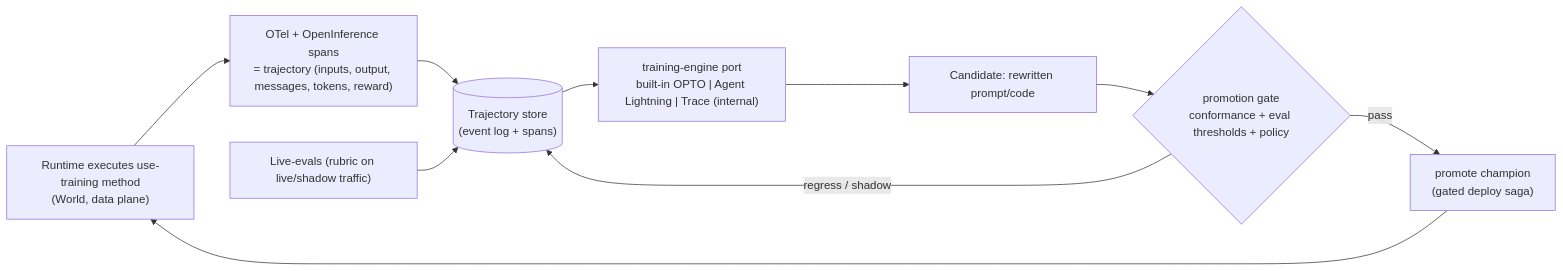
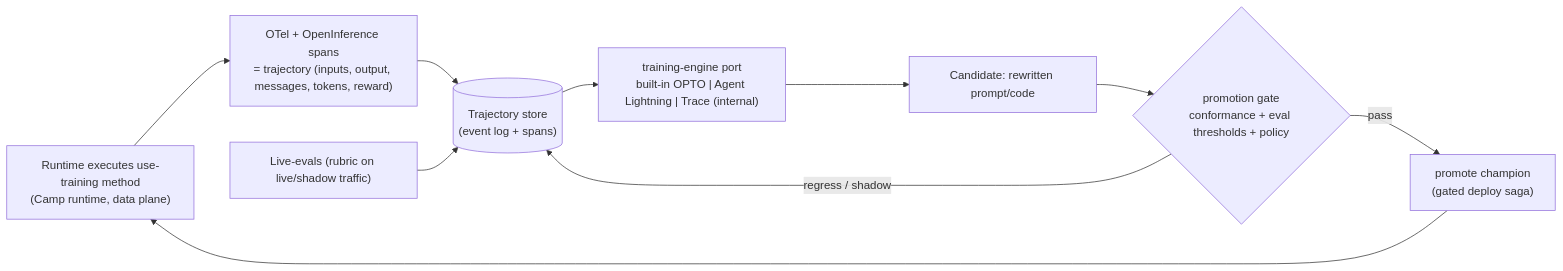
The second of 2 diagrams in docs/design/23-stubbable-ai-implementations.md (Tyler-R-Kendrick/HoBo), drawn with Mermaid before and after one commit. The commit also changed other lines of this file and 39 other files, not shown here.

````diff
--- a/docs/design/23-stubbable-ai-implementations.md
+++ b/docs/design/23-stubbable-ai-implementations.md
@@ -103,12 +103,12 @@
 ```mermaid
 flowchart LR
-  RUN["Runtime executes use-training method<br/>(World, data plane)"] --> CAP["OTel + OpenInference spans<br/>= trajectory (inputs, output, messages, tokens, reward)"]
+  RUN["Runtime executes use-training method<br/>(Camp runtime, data plane)"] --> CAP["OTel + OpenInference spans<br/>= trajectory (inputs, output, messages, tokens, reward)"]
   CAP --> STORE[("Trajectory store<br/>(event log + spans)")]
   LE["Live-evals (rubric on live/shadow traffic)"] --> STORE
   STORE --> OPT["training-engine port<br/>built-in OPTO | Agent Lightning | Trace (internal)"]
   OPT --> CAND["Candidate: rewritten prompt/code"]
   CAND --> GATE{"promotion gate<br/>conformance + eval thresholds + policy"}
   GATE -->|regress / shadow| STORE
   GATE -->|pass| PROMOTE["promote champion<br/>(gated deploy saga)"]
   PROMOTE --> RUN
 ```
````
